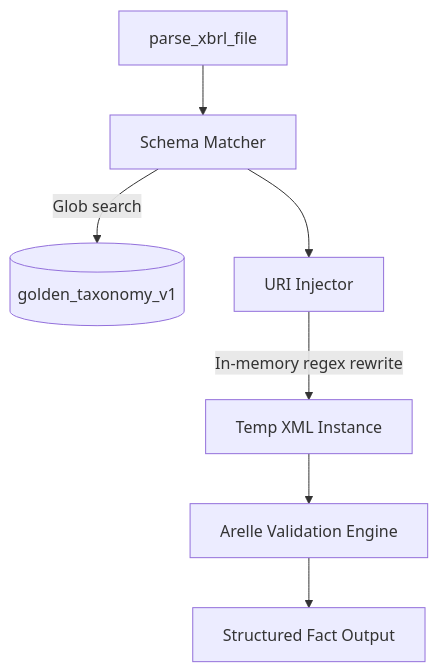
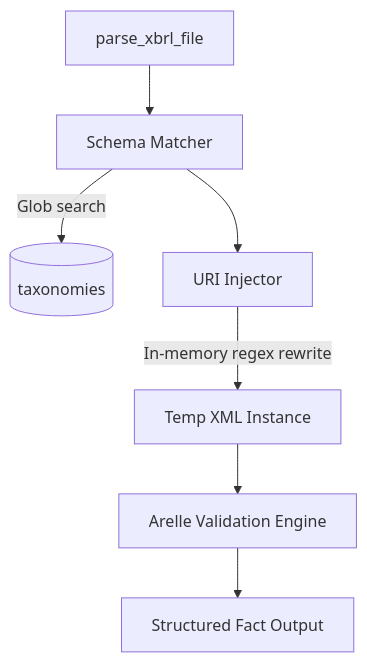
Before and after one commit to eggmasonvalue/nse-xbrl-parser: the diagram in .context/ARCHITECTURE.md, drawn with Mermaid. The commit also changed other lines of this file and 523 other files, not shown here.

Commit message:
refactor(taxonomy): rename golden_taxonomy_v1 to taxonomies for professional nomenclature

````diff
--- a/.context/ARCHITECTURE.md
+++ b/.context/ARCHITECTURE.md
@@ -7,9 +7,9 @@
 ```mermaid
 graph TD;
     API[parse_xbrl_file] --> Matcher[Schema Matcher]
-    Matcher -->|Glob search| Vault[(golden_taxonomy_v1)]
+    Matcher -->|Glob search| Vault[(taxonomies)]
     Matcher --> Injector[URI Injector]
     Injector -->|In-memory regex rewrite| Temp[Temp XML Instance]
     Temp --> Arelle[Arelle Validation Engine]
     Arelle --> JSON[Structured Fact Output]
 ```
````
